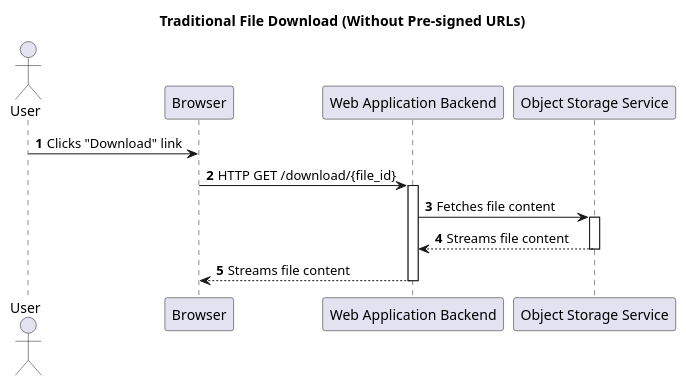
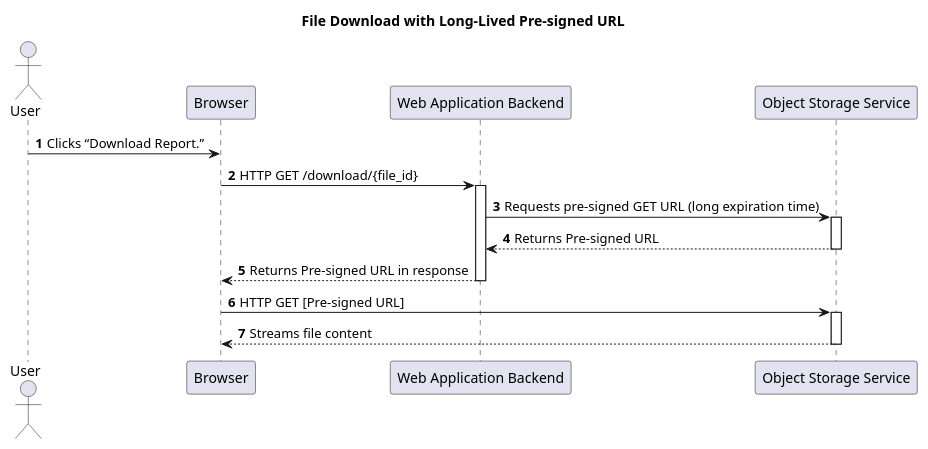
Before and after one commit to aprianfirlanda/go-server: the diagram in diagram/object-storage-file-handling-pattern/drawback-download.puml, drawn with PlantUML.

```diff
--- a/diagram/object-storage-file-handling-pattern/drawback-download.puml
+++ b/diagram/object-storage-file-handling-pattern/drawback-download.puml
@@ -1,20 +1,24 @@
 @startuml
-title Traditional File Download (Without Pre-signed URLs)
+title File Download with Long-Lived Pre-signed URL
 
 actor "User" as user
 participant "Browser" as browser
 participant "Web Application Backend" as server
 participant "Object Storage Service" as s3
 
 autonumber
 
-user -> browser : Clicks "Download" link
+user -> browser : Clicks “Download Report.”
 browser -> server : HTTP GET /download/{file_id}
 activate server
-server -> s3 : Fetches file content
+server -> s3 : Requests pre-signed GET URL (long expiration time)
 activate s3
-s3 --> server : Streams file content
+s3 --> server : Returns Pre-signed URL
 deactivate s3
-server --> browser : Streams file content
+server --> browser : Returns Pre-signed URL in response
 deactivate server
+browser -> s3 : HTTP GET [Pre-signed URL]
+activate s3
+s3 --> browser : Streams file content
+deactivate s3
 @enduml
```
